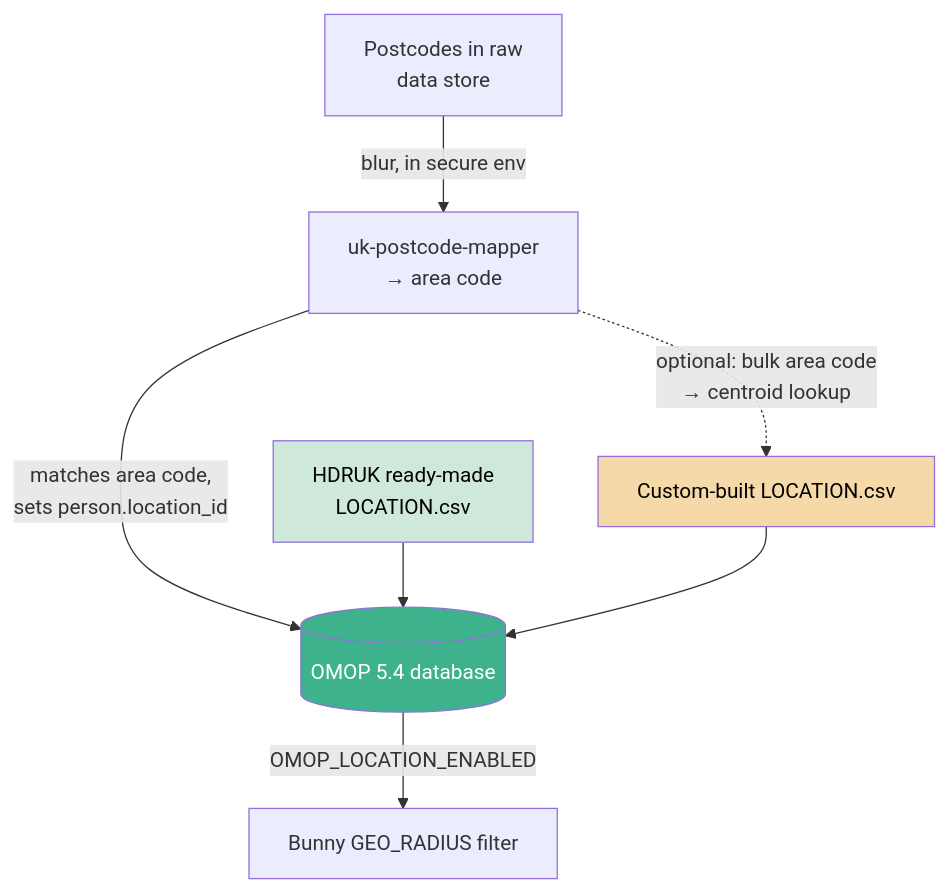
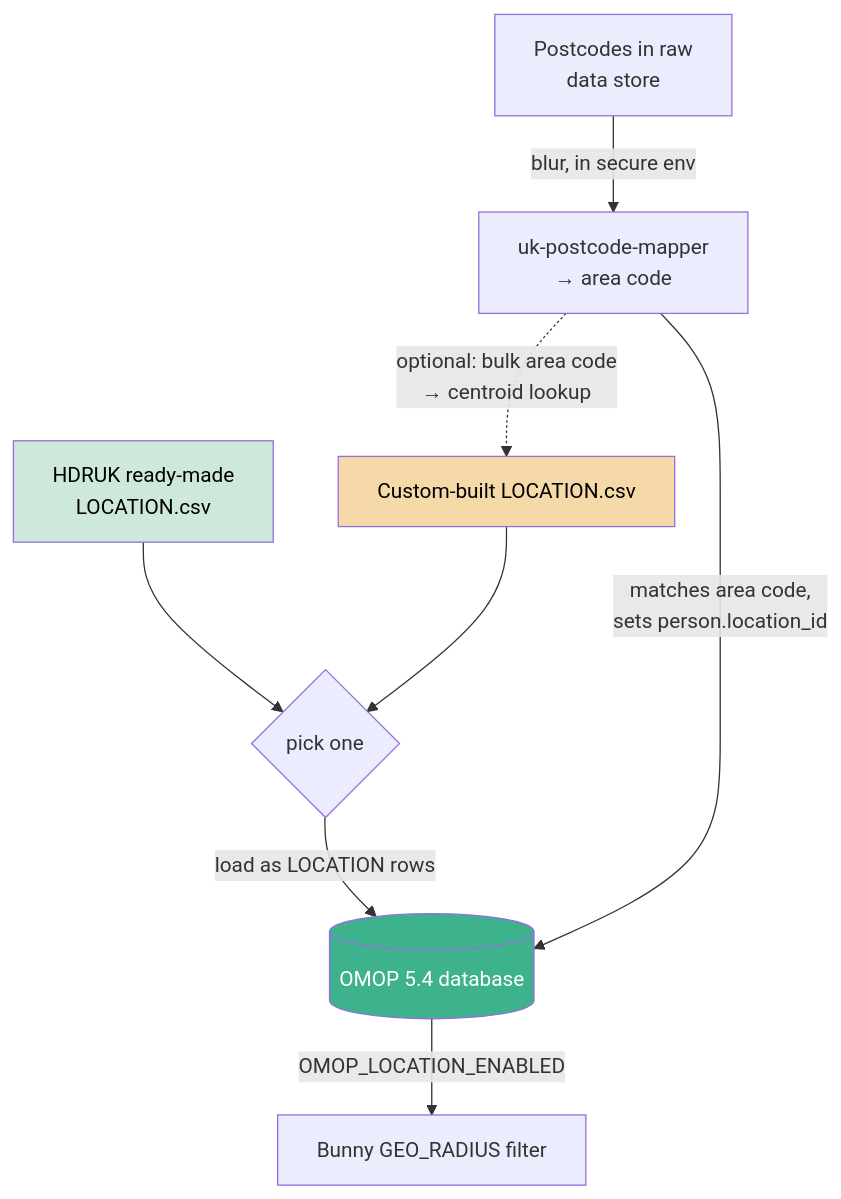
The diagram in docs/omop/location.md (HDRUK/cohort-discovery-service-docs), drawn with Mermaid before and after one commit. The commit also changed other lines of this file, not shown here.

````diff
--- a/docs/omop/location.md
+++ b/docs/omop/location.md
@@ -235,13 +235,14 @@
 ```mermaid
 graph TD
     P[Postcodes in raw<br/>data store] -->|blur, in secure env| M[uk-postcode-mapper<br/>→ area code]
-    M -->|matches area code,<br/>sets person.location_id| DB[(OMOP 5.4 database)]
     M -.->|optional: bulk area code<br/>→ centroid lookup| CUSTOM[Custom-built LOCATION.csv]
-    HDRUK[HDRUK ready-made<br/>LOCATION.csv] --> DB
-    CUSTOM --> DB
+    HDRUK[HDRUK ready-made<br/>LOCATION.csv] --> EITHER{pick one}
+    CUSTOM --> EITHER
+    EITHER -->|load as LOCATION rows| DB[(OMOP 5.4 database)]
+    M -->|matches area code,<br/>sets person.location_id| DB
     DB -->|OMOP_LOCATION_ENABLED| BUNNY[Bunny GEO_RADIUS filter]
 
     style DB fill:#3db28c,color:#fff
     style HDRUK fill:#cfe8dc,color:#000
     style CUSTOM fill:#f5d9a8,color:#000
 ```
````
